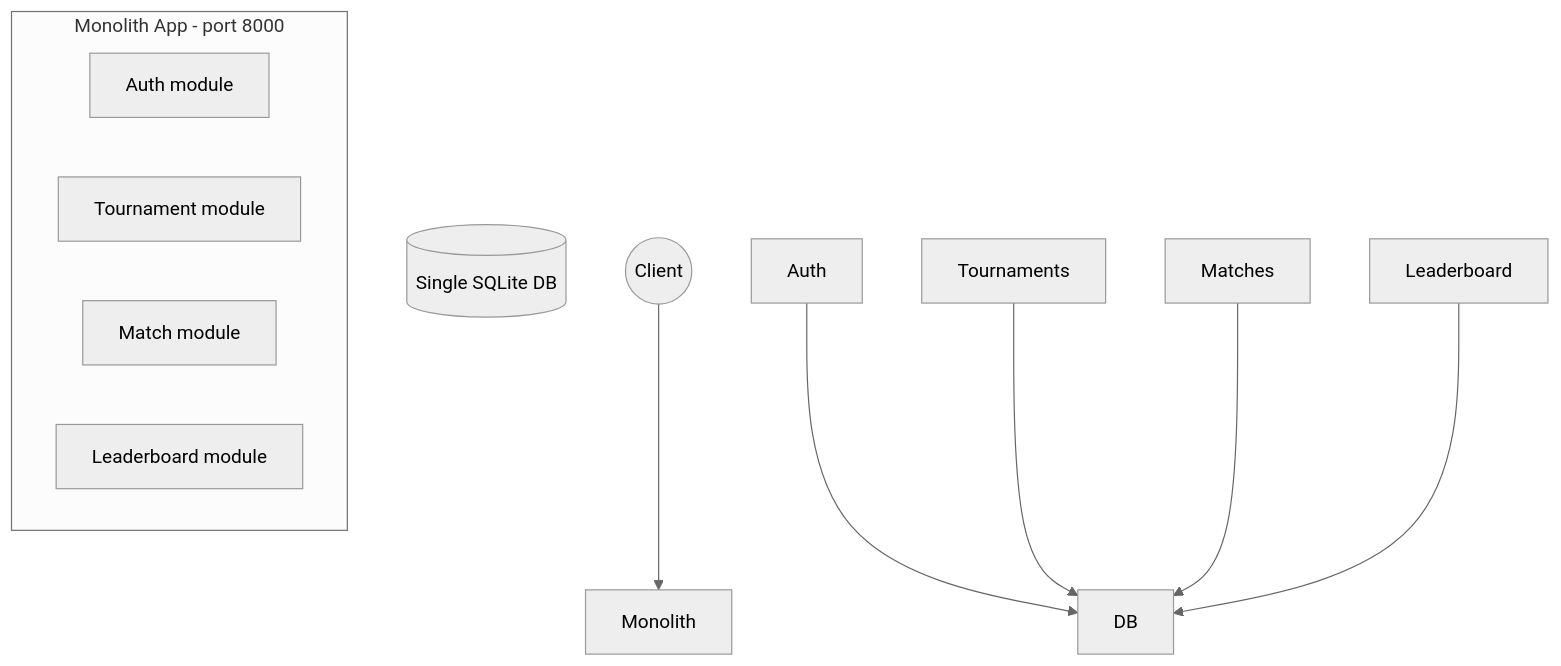
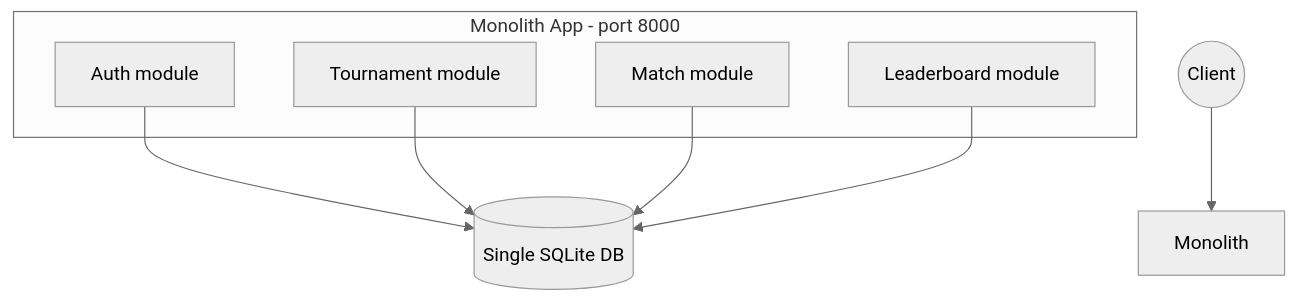
The first of 2 diagrams in docs/ARCHITECTURE.md (Shhh09git/ClashArena), drawn with Mermaid (neutral theme) before and after one commit. The commit also changed other lines of this file, not shown here.

Commit message:
Replace ARCHITECTURE.md with repaired version: fix diagrams, finish sentence, rewrite section 8, soften XACK claim

````diff
--- a/docs/ARCHITECTURE.md
+++ b/docs/ARCHITECTURE.md
@@ -100,15 +100,15 @@
 ```mermaid
 flowchart TB
     subgraph Monolith App - port 8000
-        Auth\[Auth module]
-        Tournaments\[Tournament module]
-        Matches\[Match module]
-        Leaderboard\[Leaderboard module]
+        Auth[Auth module]
+        Tournaments[Tournament module]
+        Matches[Match module]
+        Leaderboard[Leaderboard module]
     end
-    DB\[(Single SQLite DB)]
+    DB[(Single SQLite DB)]
     Client((Client)) --> Monolith
     Auth --> DB
     Tournaments --> DB
     Matches --> DB
     Leaderboard --> DB
 ```
````
